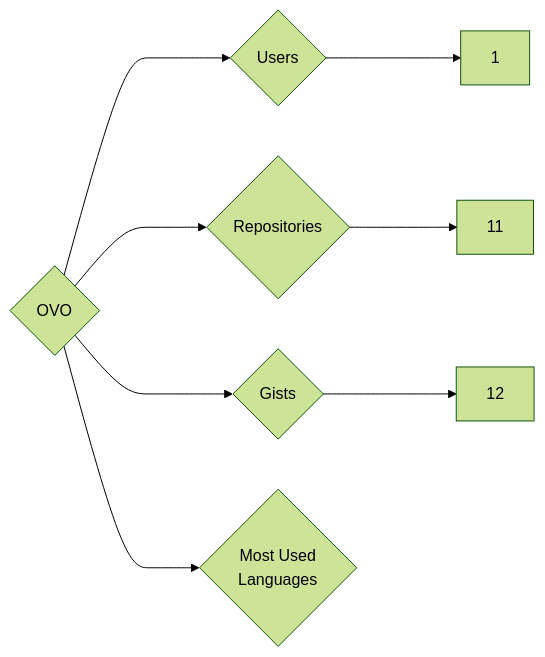
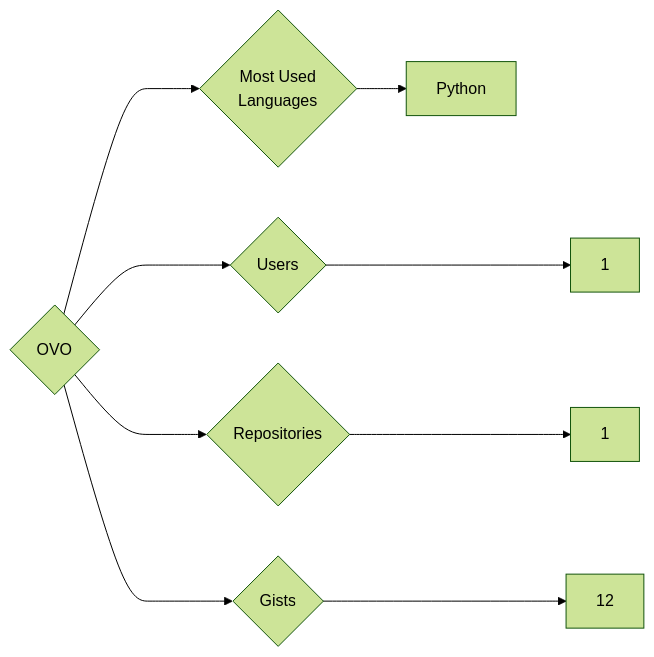
Before and after one commit to trickest/insiders: the diagram in targets/OVO/README.md, drawn with Mermaid (forest theme). The commit also changed 559 other files, not shown here.

````diff
--- a/targets/OVO/README.md
+++ b/targets/OVO/README.md
@@ -3,8 +3,9 @@
 ```mermaid
 graph LR
 COMPANY_NAME{OVO}
 COMPANY_NAME ---> U{Users} ---> UN[1]
-COMPANY_NAME ---> R{Repositories} ---> RN[11]
+COMPANY_NAME ---> R{Repositories} ---> RN[1]
 COMPANY_NAME ---> G{Gists} ---> GN[12]
 COMPANY_NAME ---> ML{Most Used<br>Languages}
+ML --> Python[Python]
 ```
````
